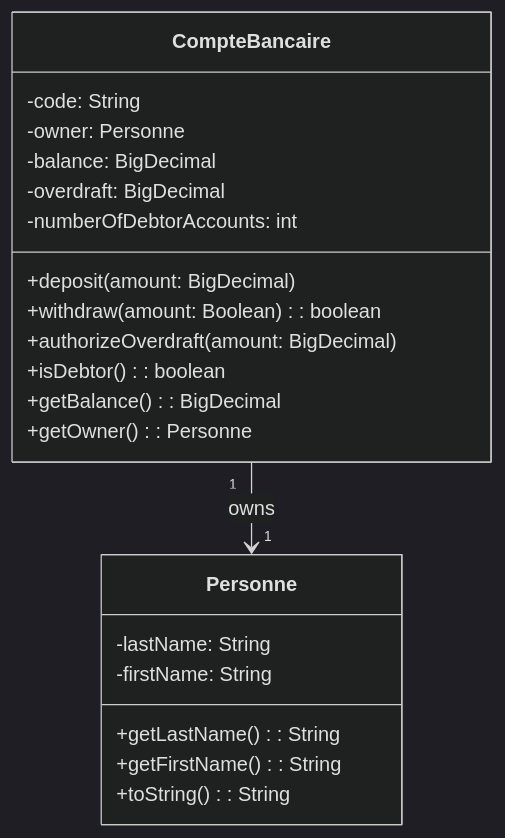
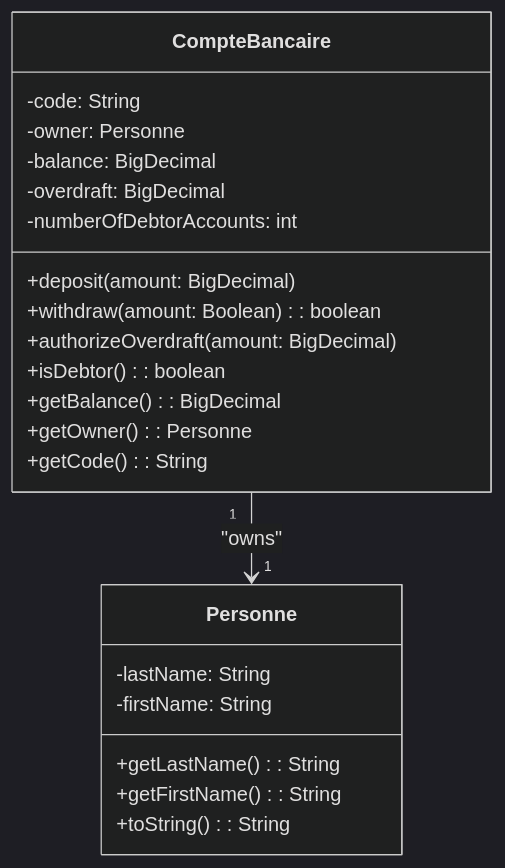
One commit to Lagmouchyoussef/java-oop-bank-store---Simple-and-descriptive changed the first of 3 diagrams in README.md. Above: the diagram before and after it, drawn with Mermaid (dark theme). The commit also changed other lines of this file, not shown here.

````diff
--- a/README.md
+++ b/README.md
@@ -313,26 +456,27 @@
 ```mermaid
 classDiagram
     class Personne {
         -lastName: String
         -firstName: String
         +getLastName(): String
         +getFirstName(): String
         +toString(): String
     }
     
     class CompteBancaire {
         -code: String
         -owner: Personne
         -balance: BigDecimal
         -overdraft: BigDecimal
         -numberOfDebtorAccounts: int
         +deposit(amount: BigDecimal)
         +withdraw(amount: Boolean): boolean
         +authorizeOverdraft(amount: BigDecimal)
         +isDebtor(): boolean
         +getBalance(): BigDecimal
         +getOwner(): Personne
+        +getCode(): String
     }
     
-    CompteBancaire "1" --> "1" Personne : owns
+    CompteBancaire "1" --> "1" Personne : "owns"
 ```
````
